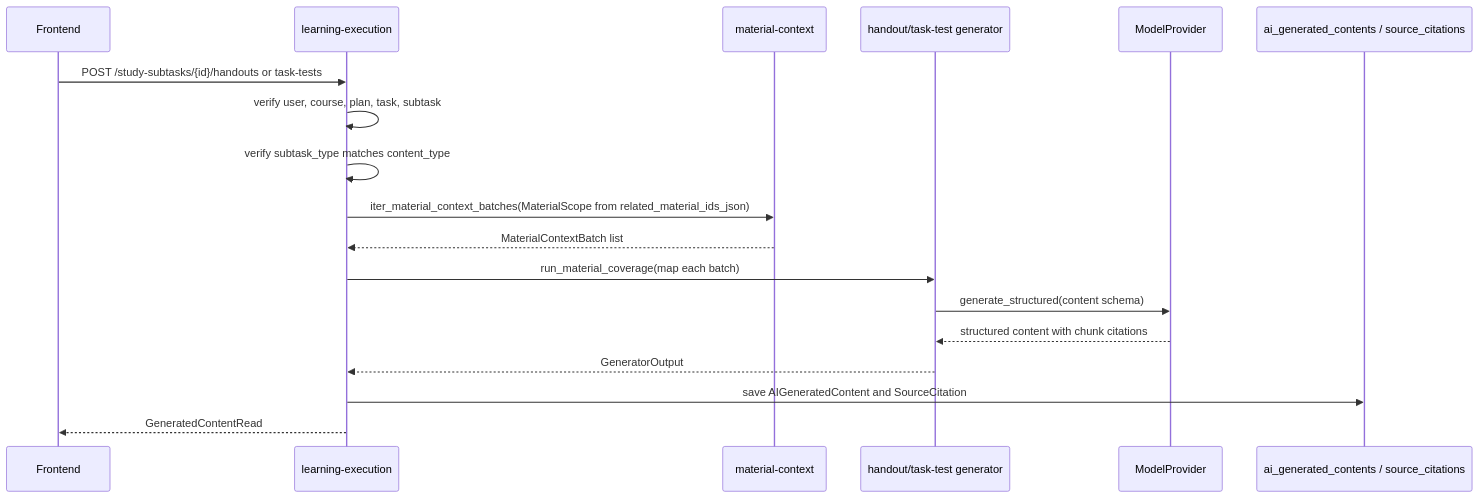
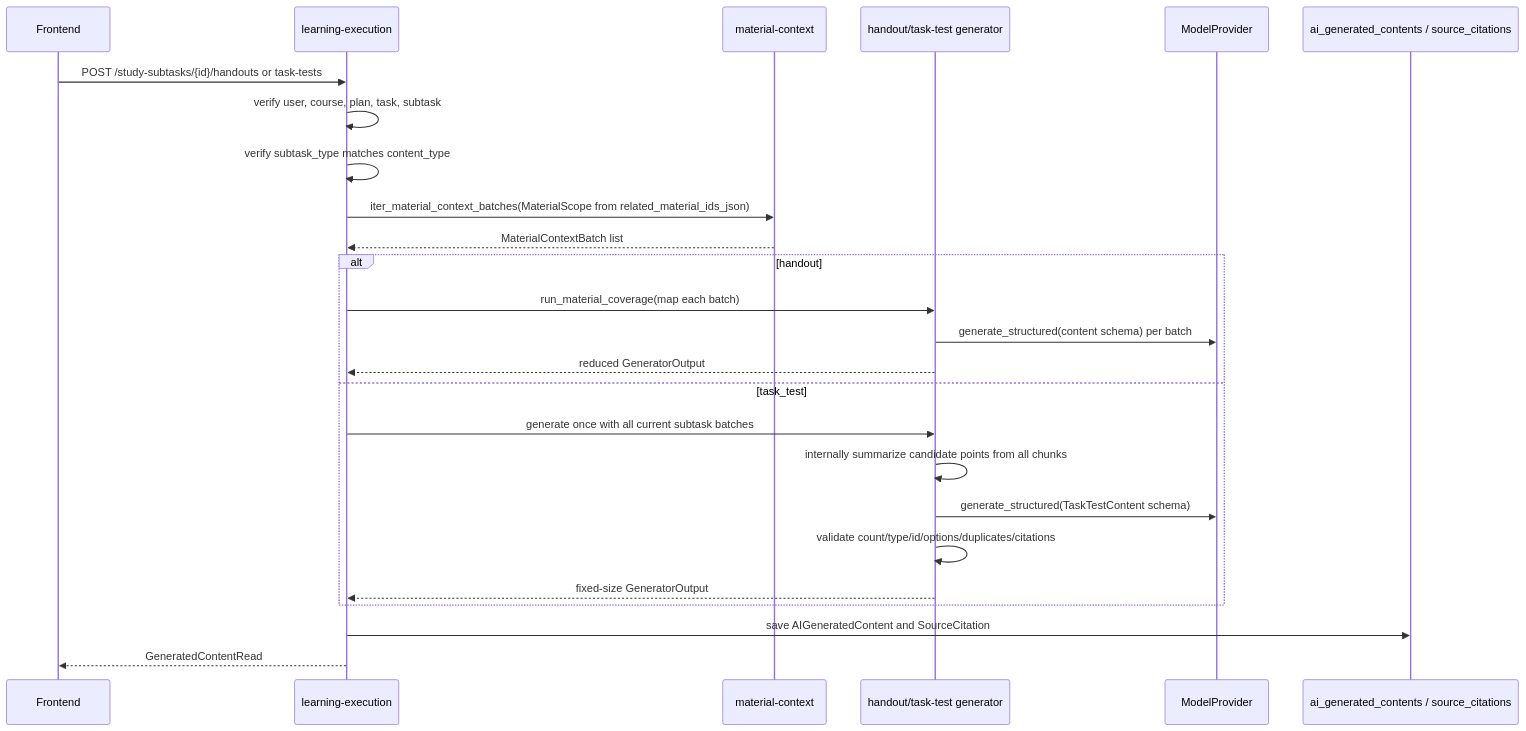
One commit to cyruan815/CourseNexus changed the diagram in docs/domains/study-mode/task-content.md. Above: the diagram before and after it, drawn with Mermaid. The commit also changed other lines of this file and 7 other files, not shown here.

````diff
--- a/docs/domains/study-mode/task-content.md
+++ b/docs/domains/study-mode/task-content.md
@@ -44,21 +45,28 @@
 ```mermaid
 sequenceDiagram
     participant FE as Frontend
     participant LE as learning-execution
     participant MC as material-context
     participant GEN as handout/task-test generator
     participant MP as ModelProvider
     participant DB as ai_generated_contents / source_citations
 
     FE->>LE: POST /study-subtasks/{id}/handouts or task-tests
     LE->>LE: verify user, course, plan, task, subtask
     LE->>LE: verify subtask_type matches content_type
     LE->>MC: iter_material_context_batches(MaterialScope from related_material_ids_json)
     MC-->>LE: MaterialContextBatch list
-    LE->>GEN: run_material_coverage(map each batch)
-    GEN->>MP: generate_structured(content schema)
-    MP-->>GEN: structured content with chunk citations
-    GEN-->>LE: GeneratorOutput
+    alt handout
+        LE->>GEN: run_material_coverage(map each batch)
+        GEN->>MP: generate_structured(content schema) per batch
+        GEN-->>LE: reduced GeneratorOutput
+    else task_test
+        LE->>GEN: generate once with all current subtask batches
+        GEN->>GEN: internally summarize candidate points from all chunks
+        GEN->>MP: generate_structured(TaskTestContent schema)
+        GEN->>GEN: validate count/type/id/options/duplicates/citations
+        GEN-->>LE: fixed-size GeneratorOutput
+    end
     LE->>DB: save AIGeneratedContent and SourceCitation
     LE-->>FE: GeneratedContentRead
 ```
````
